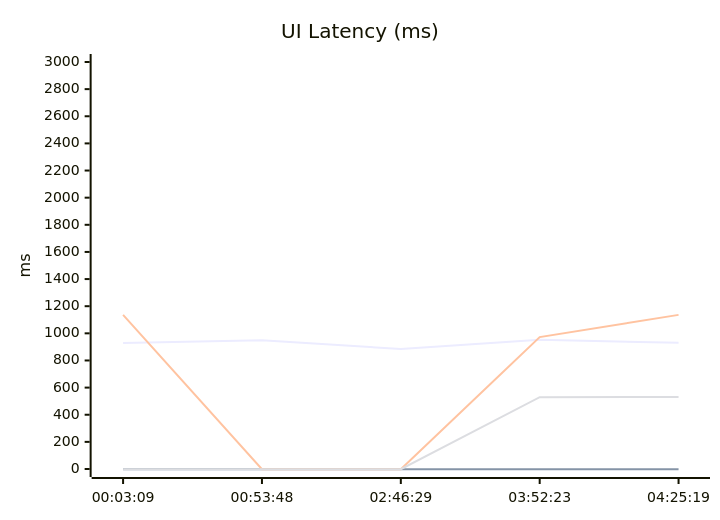
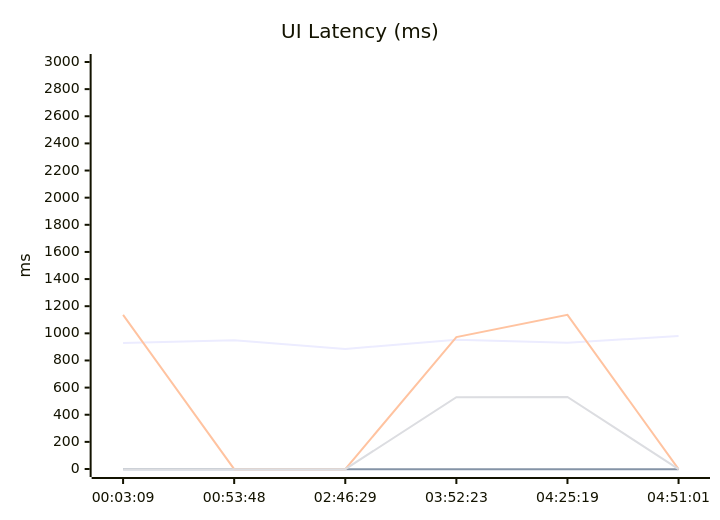
The diagram in README.md (greenwave1987/clash_test), drawn with Mermaid before and after one commit. The commit also changed other lines of this file and 1 other file, not shown here.

Commit message:
chore: update UI latency history

````diff
--- a/README.md
+++ b/README.md
@@ -16,10 +16,10 @@
 ```mermaid
 xychart-beta
   title "UI Latency (ms)"
-  x-axis ["00:03:09", "00:53:48", "02:46:29", "03:52:23", "04:25:19"]
+  x-axis ["00:03:09", "00:53:48", "02:46:29", "03:52:23", "04:25:19", "04:51:01"]
   y-axis "ms" 0 --> 3000
-  line "http://jz.***.uy" [928, 949, 885, 953, 930]
-  line "http://jz.***.io" [-1, -1, -1, -1, -1]
-  line "http://greenwave1987.***.in" [1136, -1, -1, 972, 1136]
-  line "http://jz.***.xyz" [-1, -1, -1, 529, 531]
+  line "http://jz.***.uy" [928, 949, 885, 953, 930, 981]
+  line "http://jz.***.io" [-1, -1, -1, -1, -1, -1]
+  line "http://greenwave1987.***.in" [1136, -1, -1, 972, 1136, -1]
+  line "http://jz.***.xyz" [-1, -1, -1, 529, 531, -1]
 ```
````
